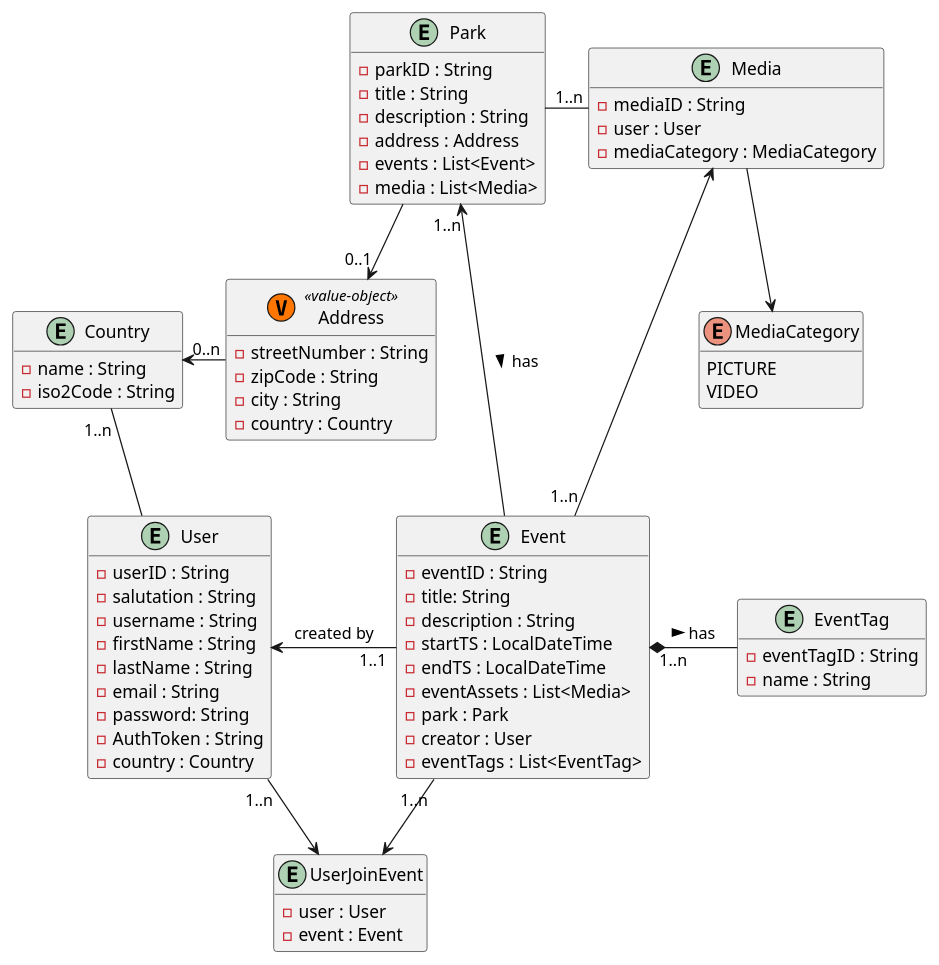
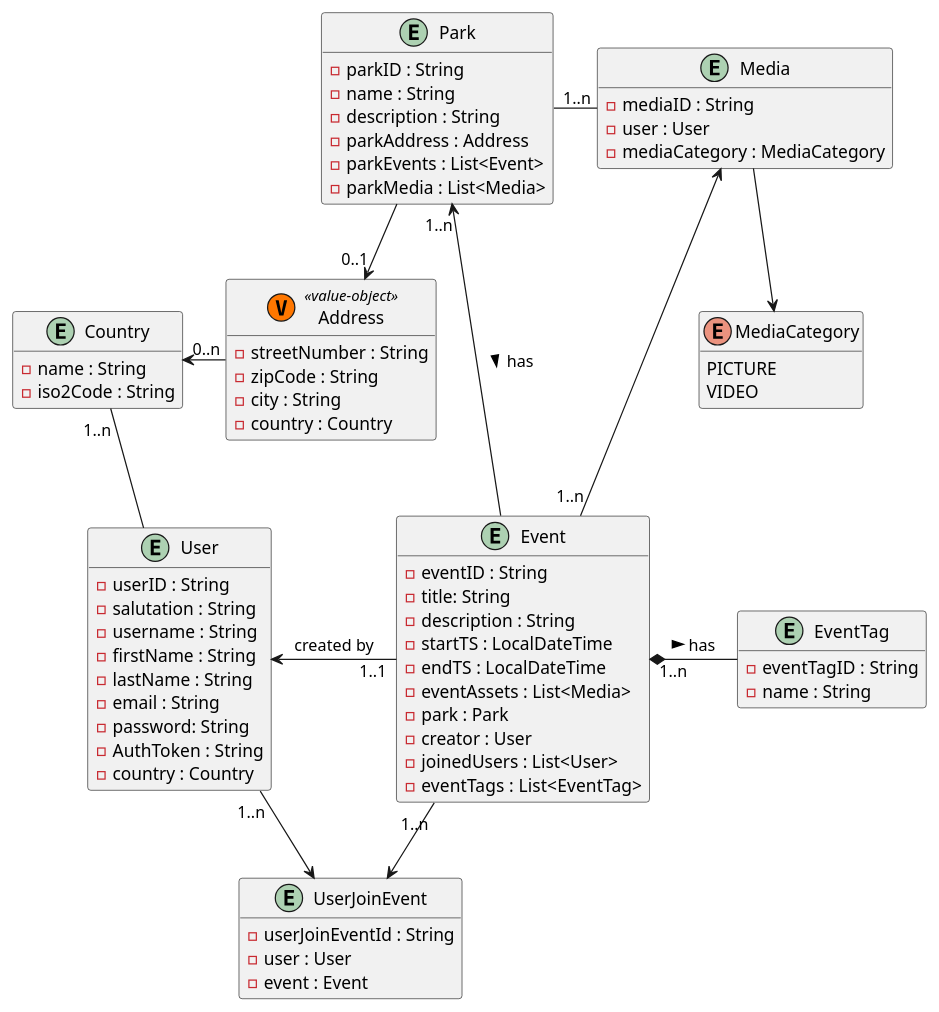
Before and after one commit to Lucaww23e013/ParkPal_Backend: the diagram in uml/domain.puml, drawn with PlantUML. The commit also changed 7 other files, not shown here.

```diff
--- a/uml/domain.puml
+++ b/uml/domain.puml
@@ -1,88 +1,90 @@
 @startuml
 'https://plantuml.com/class-diagram
 
 hide empty methods
 
 'entity Comment {}
 
 entity User {
     - userID : String
     - salutation : String
     - username : String
     - firstName : String
     - lastName : String
     - email : String
     - password: String
     - AuthToken : String
     - country : Country
     }
 
 entity UserJoinEvent {
+    -userJoinEventId : String
     - user : User
     - event : Event
 
 }
 
 entity Event {
     - eventID : String
     - title: String
     - description : String
     - startTS : LocalDateTime
     - endTS : LocalDateTime
     - eventAssets : List<Media>
     - park : Park
     - creator : User
+    - joinedUsers : List<User>
     - eventTags : List<EventTag>
 }
 
 entity EventTag {
     - eventTagID : String
     - name : String
 }
 
 entity Media {
     - mediaID : String
     - user : User
     - mediaCategory : MediaCategory
 }
 
 enum MediaCategory {
     PICTURE
     VIDEO
 }
 
 entity Park {
     - parkID : String
-    - title : String
+    - name : String
     - description : String
-    - address : Address
-    - events : List<Event>
-    - media : List<Media>
+    - parkAddress : Address
+    - parkEvents : List<Event>
+    - parkMedia : List<Media>
 }
 
 class Address <<(V, #FF7700) value-object>> {
     - streetNumber : String
     - zipCode : String
     - city : String
     - country : Country
 }
 
 entity Country {
     - name : String
     - iso2Code : String
 }
 
 User "1..n" --> UserJoinEvent
 Event "1..n" -->  UserJoinEvent
 Address "0..n" -> Country
 Media --> MediaCategory
 EventTag -left-* "1..n" Event : has <
 Event -up-> "1..n" Park : has <
 Media <-- "1..n" Event
 Event "1..1" -left-> User : created by
 Park "1..n" -right- Media
 Country "1..n" -- User
 Park --> "0..1" Address
 
 
 @enduml
```
